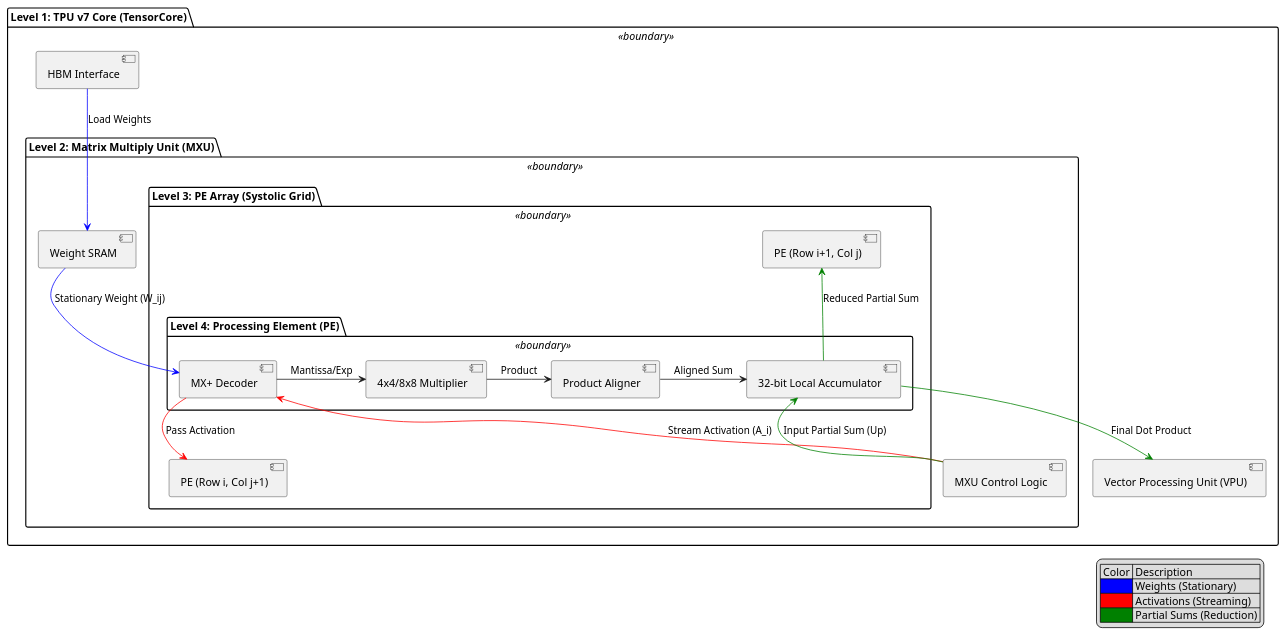
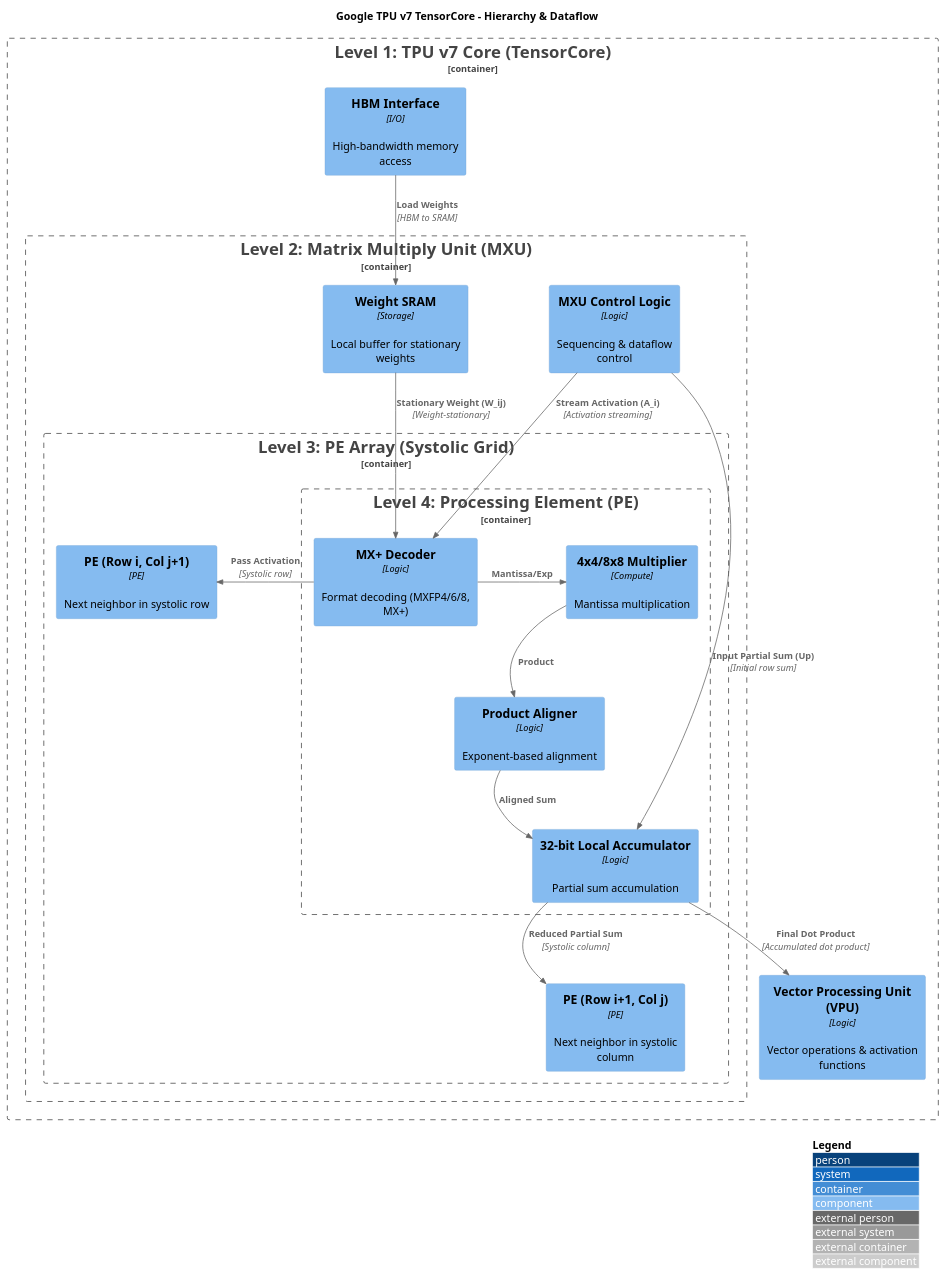
Before and after one commit to chatelao/ttihp-fp8-mul: the diagram in documentation/GOOGLE_V7_TPU_TENSORCORE.PUML, drawn with PlantUML.

Commit message:
doc: Update TPU v7 TensorCore diagram to C4-PlantUML style
Standardized the visual layout of `GOOGLE_V7_TPU_TENSORCORE.PUML` to
match the C4-PlantUML style used in `BLACKWELL_TENSOR_CORE.PUML` and
`CONTEXT_DIAGRAM.PUML`. This includes using `Container_Boundary`,
`Component`, and directional relationship macros, as well as
consistent font sizing for boundaries.

```diff
--- a/documentation/GOOGLE_V7_TPU_TENSORCORE.PUML
+++ b/documentation/GOOGLE_V7_TPU_TENSORCORE.PUML
@@ -1,55 +1,62 @@
 @startuml GOOGLE_V7_TPU_TENSORCORE
+!include https://raw.githubusercontent.com/plantuml-stdlib/C4-PlantUML/master/C4_Component.puml
+
+LAYOUT_WITH_LEGEND()
+
+title Google TPU v7 TensorCore - Hierarchy & Dataflow
+
 skinparam rectangle<<boundary>> {
     FontSize 20
 }
+skinparam rectangle<<container_boundary>> {
+    FontSize 20
+}
+skinparam rectangle<<system_boundary>> {
+    FontSize 20
+}
+UpdateBoundaryStyle("container", $type="container")
+UpdateBoundaryStyle("system", $type="system")
 
-package "Level 1: TPU v7 Core (TensorCore)" <<boundary>> {
-    component [Vector Processing Unit (VPU)] as vpu
-    component [HBM Interface] as hbm
+Container_Boundary(core, "Level 1: TPU v7 Core (TensorCore)") {
+    Component(hbm, "HBM Interface", "I/O", "High-bandwidth memory access")
 
-    package "Level 2: Matrix Multiply Unit (MXU)" <<boundary>> {
-        component [MXU Control Logic] as mxu_ctrl
-        component [Weight SRAM] as weight_sram
+    Container_Boundary(mxu, "Level 2: Matrix Multiply Unit (MXU)") {
+        Component(mxu_ctrl, "MXU Control Logic", "Logic", "Sequencing & dataflow control")
+        Component(weight_sram, "Weight SRAM", "Storage", "Local buffer for stationary weights")
 
-        package "Level 3: PE Array (Systolic Grid)" <<boundary>> {
+        Container_Boundary(pe_array, "Level 3: PE Array (Systolic Grid)") {
 
-            package "Level 4: Processing Element (PE)" <<boundary>> {
-                component [MX+ Decoder] as decoder
-                component [4x4/8x8 Multiplier] as mul
-                component [Product Aligner] as aligner
-                component [32-bit Local Accumulator] as acc
-
-                decoder -> mul : Mantissa/Exp
-                mul -> aligner : Product
-                aligner -> acc : Aligned Sum
+            Container_Boundary(pe, "Level 4: Processing Element (PE)") {
+                Component(decoder, "MX+ Decoder", "Logic", "Format decoding (MXFP4/6/8, MX+)")
+                Component(mul, "4x4/8x8 Multiplier", "Compute", "Mantissa multiplication")
+                Component(aligner, "Product Aligner", "Logic", "Exponent-based alignment")
+                Component(acc, "32-bit Local Accumulator", "Logic", "Partial sum accumulation")
             }
 
-            component [PE (Row i, Col j+1)] as pe_right
-            component [PE (Row i+1, Col j)] as pe_down
+            Component(pe_right, "PE (Row i, Col j+1)", "PE", "Next neighbor in systolic row")
+            Component(pe_down, "PE (Row i+1, Col j)", "PE", "Next neighbor in systolic column")
         }
     }
+
+    Component(vpu, "Vector Processing Unit (VPU)", "Logic", "Vector operations & activation functions")
 }
 
 ' Dataflow: Weights
-hbm -[#blue]-> weight_sram : Load Weights
-weight_sram -[#blue]-> decoder : Stationary Weight (W_ij)
+Rel_D(hbm, weight_sram, "Load Weights", "HBM to SRAM")
+Rel_D(weight_sram, decoder, "Stationary Weight (W_ij)", "Weight-stationary")
 
 ' Dataflow: Activations
-mxu_ctrl -[#red]-> decoder : Stream Activation (A_i)
-decoder -[#red]-> pe_right : Pass Activation
+Rel_D(mxu_ctrl, decoder, "Stream Activation (A_i)", "Activation streaming")
+Rel_R(decoder, mul, "Mantissa/Exp")
+Rel_R(decoder, pe_right, "Pass Activation", "Systolic row")
 
 ' Dataflow: Partial Sums
-pe_down <-[#green]- acc : Reduced Partial Sum
-acc <-[#green]- mxu_ctrl : Input Partial Sum (Up)
+Rel_D(mul, aligner, "Product")
+Rel_D(aligner, acc, "Aligned Sum")
+Rel_D(mxu_ctrl, acc, "Input Partial Sum (Up)", "Initial row sum")
+Rel_D(acc, pe_down, "Reduced Partial Sum", "Systolic column")
 
 ' Output to VPU
-acc -[#green]down-> vpu : Final Dot Product
-
-legend right
-  | Color | Description |
-  | <#blue> | Weights (Stationary) |
-  | <#red> | Activations (Streaming) |
-  | <#green> | Partial Sums (Reduction) |
-endlegend
+Rel_D(acc, vpu, "Final Dot Product", "Accumulated dot product")
 
 @enduml
```
